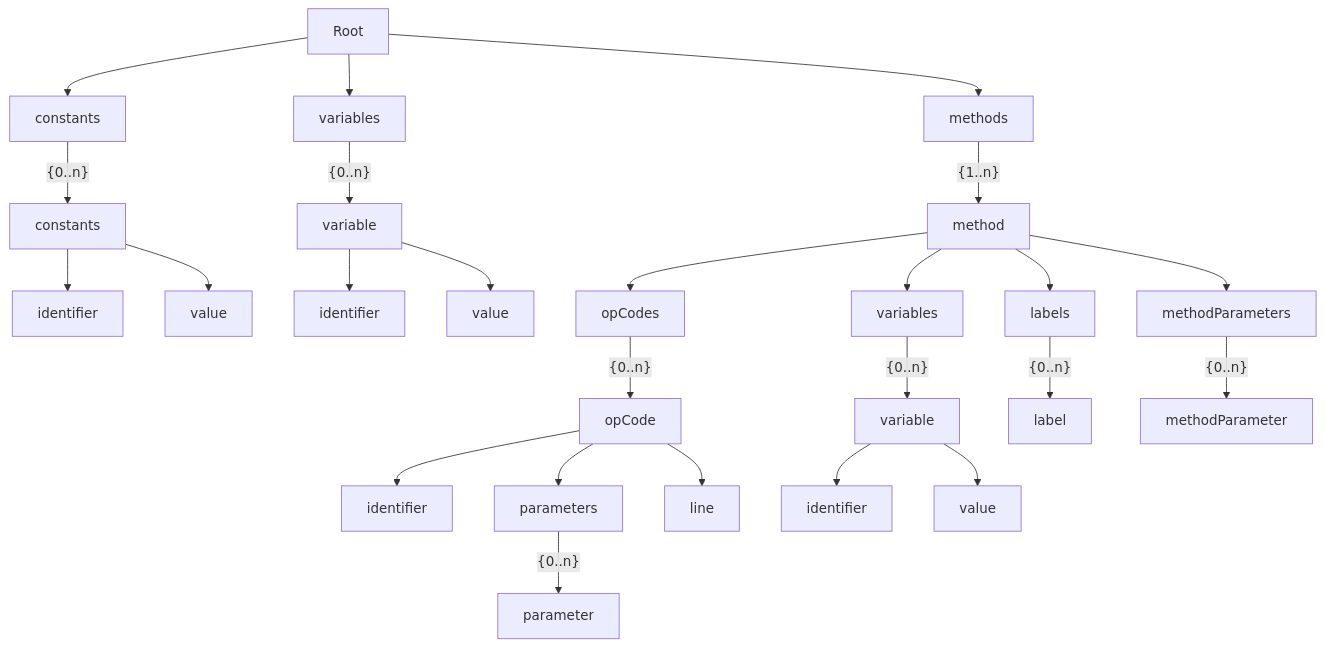
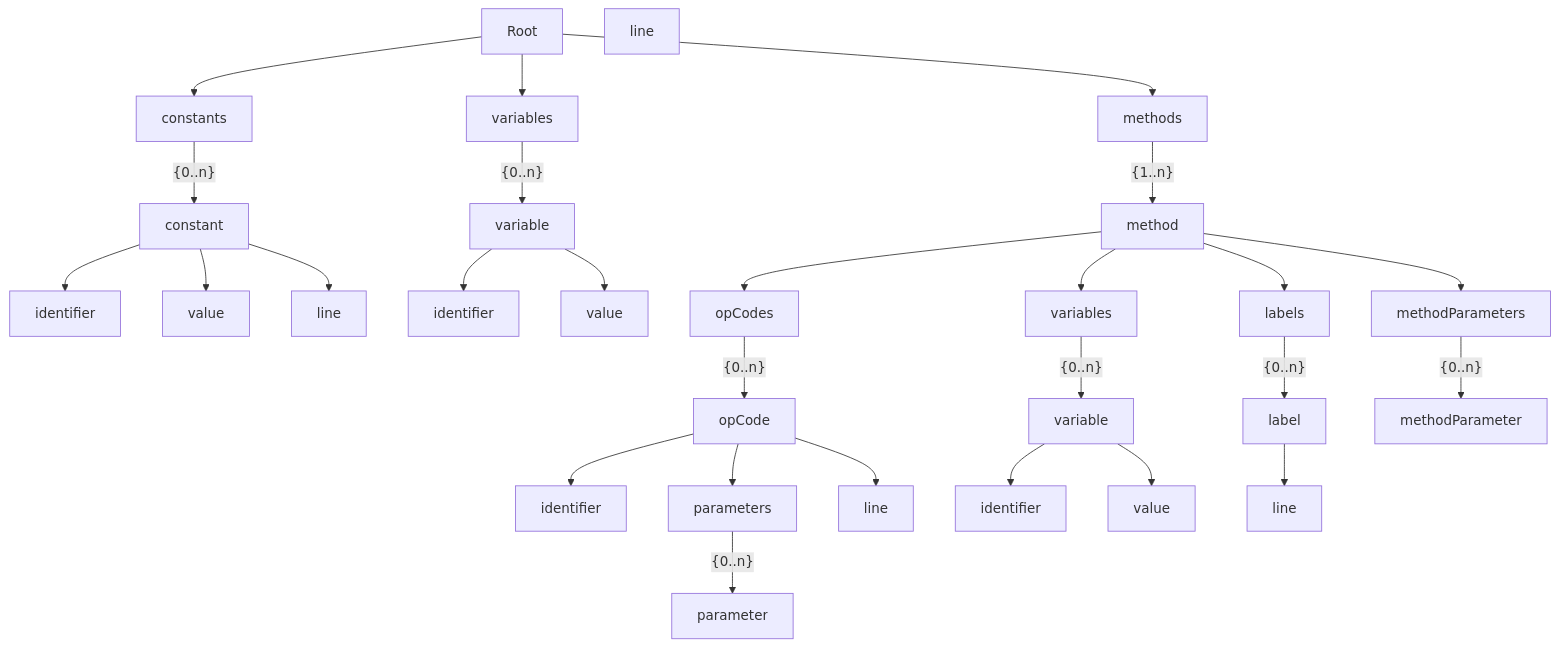
Before and after one commit to YasinKavuk/mic-1-interactive: the diagram in diagrams/AST.md, drawn with Mermaid. The commit also changed 2 other files, not shown here.

Commit message:
#192: fix bug where local variables were not added as childnodes and now constants and variable nodes also have the linenumber. Also updated AST

````diff
--- a/diagrams/AST.md
+++ b/diagrams/AST.md
@@ -1,58 +1,63 @@
 ```mermaid
 graph TB
     R[Root]
     VAL1[value]
     VAL2[value]
     VAL4[value]
     I1[identifier]
     I2[identifier]
     I4[identifier]
     I6[identifier]
     C[constants]
-    C1[constants]
+    C1[constant]
     VS1[variables]
     VS3[variables]
     V1[variable]
     V3[variable]
     METPS[methodParameters]
     METP[methodParameter]
     MET[method]
     METS[methods]
     OPC2[opCodes]
     OP2[opCode]
     PS2[parameters]
     P2[parameter]
     LS2[labels]
     L2[label]
+    LN1[line]
+    LN2[line]
     LN3[line]
+    LN4[line]
 
 
     R-->C
     R-->VS1
     R-->METS
 
     METS-- {1..n} -->MET
 
     C-- {0..n} -->C1
     C1-->I1
     C1-->VAL1
+    C1-->LN1
 
     VS1-- {0..n} -->V1
     V1-->I2
     V1-->VAL2
 
     MET-->OPC2
     OPC2-- {0..n} -->OP2
     OP2-->I4
     OP2-->PS2
     PS2-- {0..n} -->P2
     MET-->VS3
     VS3-- {0..n} -->V3
     V3-->I6
     V3-->VAL4
     MET-->LS2
     LS2-- {0..n} -->L2
+    L2-->LN4
     OP2-->LN3
     MET-->METPS
     METPS-- {0..n} -->METP
 ```
````
